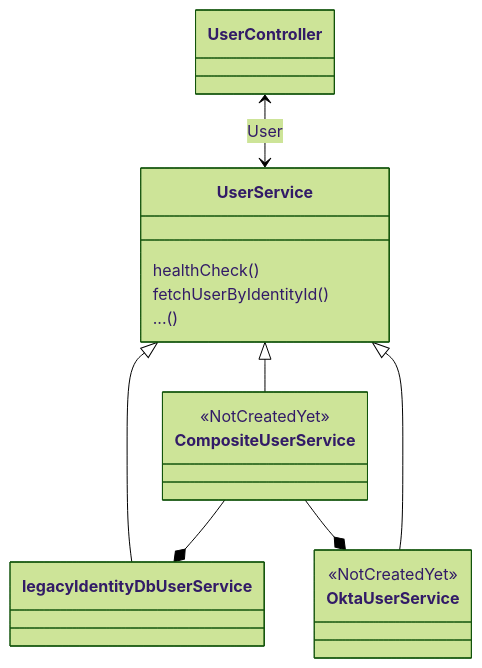
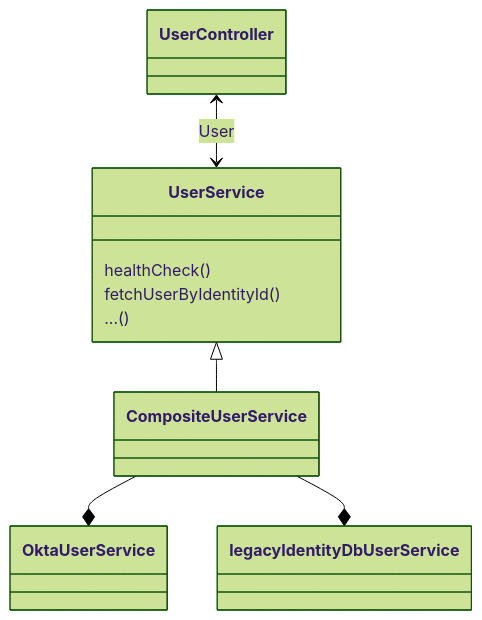
Before and after one commit to guardian/gatehouse: the diagram in README.md, drawn with Mermaid (forest theme). The commit also changed 23 other files, not shown here.

Commit message:
Fetch user from Okta API and fill in gaps with legacy Identity DB (#28)

````diff
--- a/README.md
+++ b/README.md
@@ -12,19 +12,17 @@
 ```mermaid
 classDiagram
     class UserController
     class UserService
+    class CompositeUserService
+    class OktaUserService
     class legacyIdentityDbUserService
-    class OktaUserService
-    <<NotCreatedYet>> OktaUserService
-    class CompositeUserService
-    <<NotCreatedYet>> CompositeUserService
+
     UserController <--> UserService: User
-    UserService <|-- legacyIdentityDbUserService
     UserService <|-- CompositeUserService
-    UserService <|-- OktaUserService
+    CompositeUserService --* OktaUserService
+    CompositeUserService --* legacyIdentityDbUserService
+
     UserService: healthCheck()
     UserService: fetchUserByIdentityId()
     UserService: ...()
-    CompositeUserService --* legacyIdentityDbUserService
-    CompositeUserService --* OktaUserService
 ```
````
